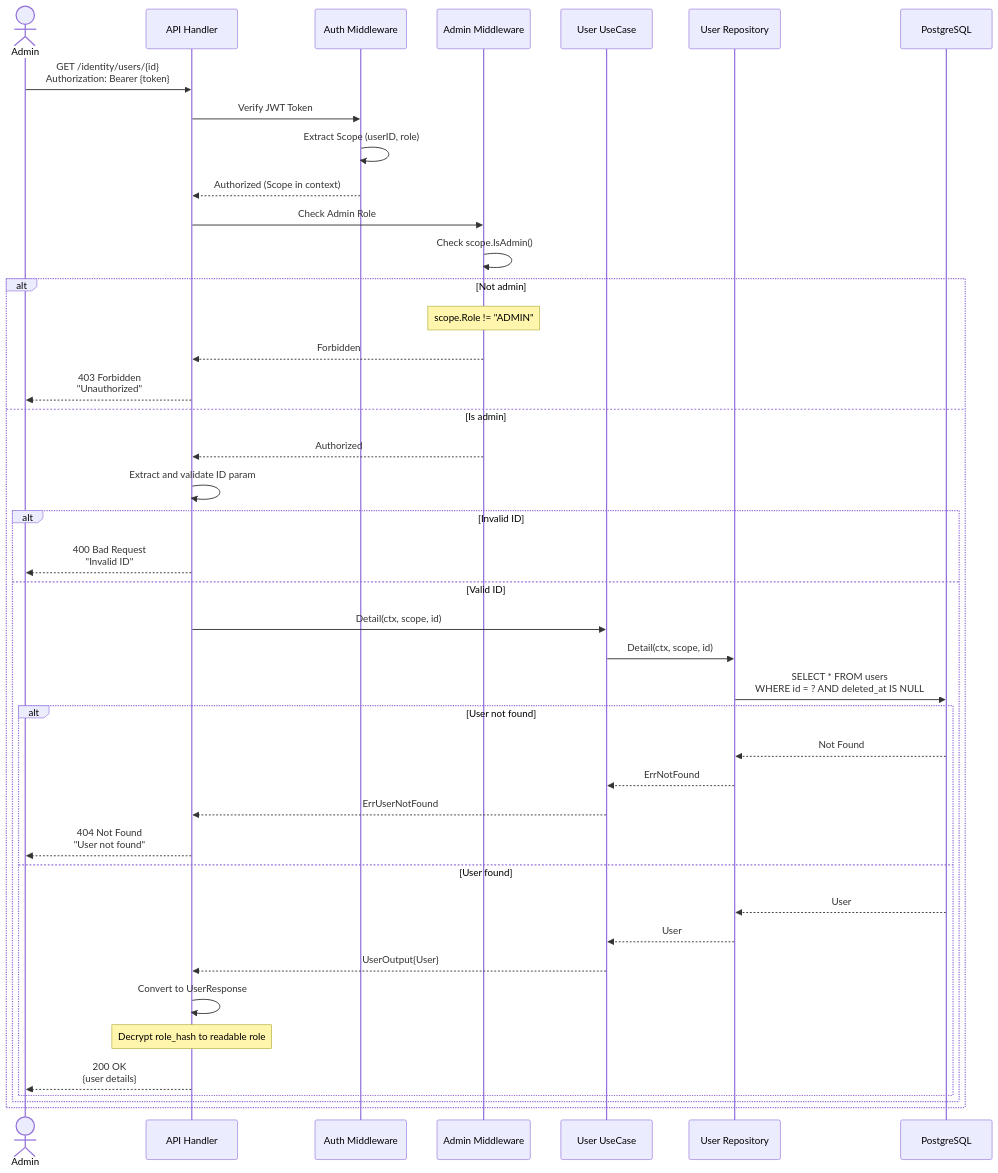
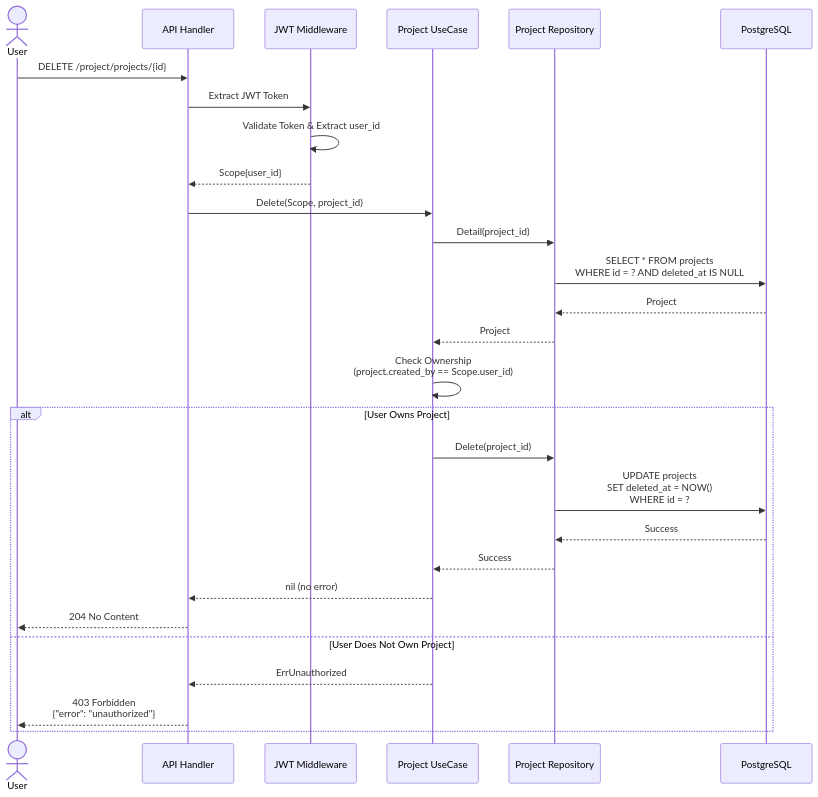
One commit to smap-hcmut/identity-srv changed the sixth of 6 diagrams in project/document/api.md. Above: the diagram before and after it, drawn with Mermaid. The commit also changed other lines of this file and 33 other files, not shown here.

````diff
--- a/project/document/api.md
+++ b/project/document/api.md
@@ -909,55 +258,36 @@
 ```mermaid
 sequenceDiagram
-    actor Admin
+    actor User
     participant API as API Handler
-    participant AuthMW as Auth Middleware
-    participant AdminMW as Admin Middleware
-    participant UserUC as User UseCase
-    participant UserRepo as User Repository
+    participant MW as JWT Middleware
+    participant ProjUC as Project UseCase
+    participant ProjRepo as Project Repository
     participant DB as PostgreSQL
 
-    Admin->>API: GET /identity/users/{id}<br/>Authorization: Bearer {token}
-    
-    API->>AuthMW: Verify JWT Token
-    AuthMW->>AuthMW: Extract Scope (userID, role)
-    AuthMW-->>API: Authorized (Scope in context)
-    
-    API->>AdminMW: Check Admin Role
-    AdminMW->>AdminMW: Check scope.IsAdmin()
-    
-    alt Not admin
-        Note over AdminMW: scope.Role != "ADMIN"
-        AdminMW-->>API: Forbidden
-        API-->>Admin: 403 Forbidden<br/>"Unauthorized"
-    else Is admin
-        AdminMW-->>API: Authorized
-        
-        API->>API: Extract and validate ID param
-        
-        alt Invalid ID
-            API-->>Admin: 400 Bad Request<br/>"Invalid ID"
-        else Valid ID
-            API->>UserUC: Detail(ctx, scope, id)
-            
-            UserUC->>UserRepo: Detail(ctx, scope, id)
-            UserRepo->>DB: SELECT * FROM users<br/>WHERE id = ? AND deleted_at IS NULL
-            
-            alt User not found
-                DB-->>UserRepo: Not Found
-                UserRepo-->>UserUC: ErrNotFound
-                UserUC-->>API: ErrUserNotFound
-                API-->>Admin: 404 Not Found<br/>"User not found"
-            else User found
-                DB-->>UserRepo: User
-                UserRepo-->>UserUC: User
-                
-                UserUC-->>API: UserOutput{User}
-                
-                API->>API: Convert to UserResponse
-                Note over API: Decrypt role_hash to readable role
-                
-                API-->>Admin: 200 OK<br/>{user details}
-            end
-        end
+    User->>API: DELETE /project/projects/{id}
+    API->>MW: Extract JWT Token
+    MW->>MW: Validate Token & Extract user_id
+    MW-->>API: Scope{user_id}
+
+    API->>ProjUC: Delete(Scope, project_id)
+
+    ProjUC->>ProjRepo: Detail(project_id)
+    ProjRepo->>DB: SELECT * FROM projects<br/>WHERE id = ? AND deleted_at IS NULL
+    DB-->>ProjRepo: Project
+    ProjRepo-->>ProjUC: Project
+
+    ProjUC->>ProjUC: Check Ownership<br/>(project.created_by == Scope.user_id)
+
+    alt User Owns Project
+        ProjUC->>ProjRepo: Delete(project_id)
+        ProjRepo->>DB: UPDATE projects<br/>SET deleted_at = NOW()<br/>WHERE id = ?
+        DB-->>ProjRepo: Success
+        ProjRepo-->>ProjUC: Success
+
+        ProjUC-->>API: nil (no error)
+        API-->>User: 204 No Content
+    else User Does Not Own Project
+        ProjUC-->>API: ErrUnauthorized
+        API-->>User: 403 Forbidden<br/>{"error": "unauthorized"}
     end
 ```
````
